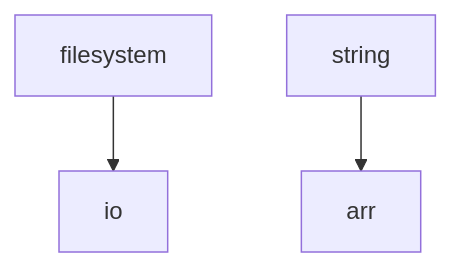
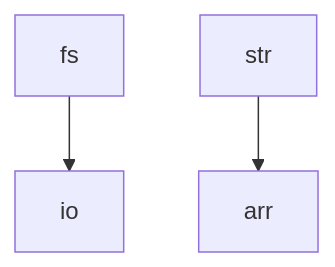
One commit to mattriley/node-1up changed the diagram in README.md. Above: the diagram before and after it, drawn with Mermaid. The commit also changed other lines of this file and 39 other files, not shown here.

````diff
--- a/README.md
+++ b/README.md
@@ -20,5 +20,5 @@
 ```mermaid
 graph TD;
-    filesystem-->io;
-    string-->arr;
+    fs-->io;
+    str-->arr;
 ```
````
